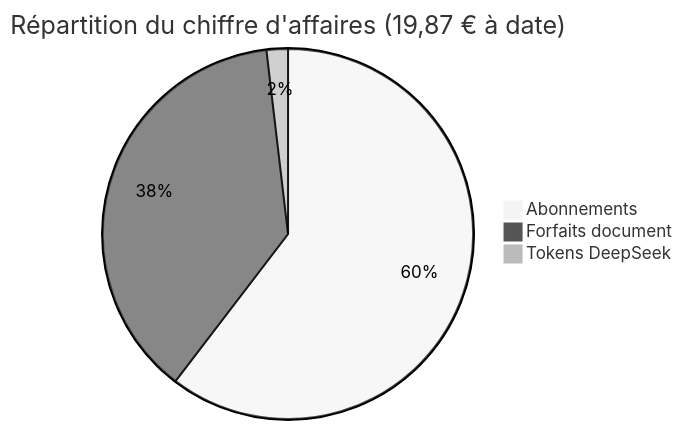
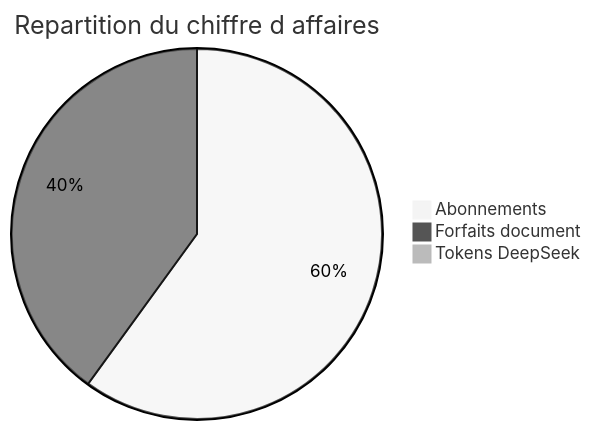
Before and after one commit to christophedanhier-hash/BAVI_LEO: the fifth of 5 diagrams in docs/wiki/agent-pro/bureau-robert/analyse-bot-voyage-sylvia.md, drawn with Mermaid (neutral theme). The commit also changed other lines of this file and 9 other files, not shown here.

Commit message:
🐛 Fix Mermaid: stateDiagram→flowchart, pie chart values

````diff
--- a/docs/wiki/agent-pro/bureau-robert/analyse-bot-voyage-sylvia.md
+++ b/docs/wiki/agent-pro/bureau-robert/analyse-bot-voyage-sylvia.md
@@ -233,6 +223,6 @@
 ```mermaid
-pie title Répartition du chiffre d'affaires (19,87 € à date)
+pie title Repartition du chiffre d affaires
     "Abonnements" : 12
-    "Forfaits document" : 7.50
-    "Tokens DeepSeek" : 0.37
+    "Forfaits document" : 8
+    "Tokens DeepSeek" : 0
 ```
````
